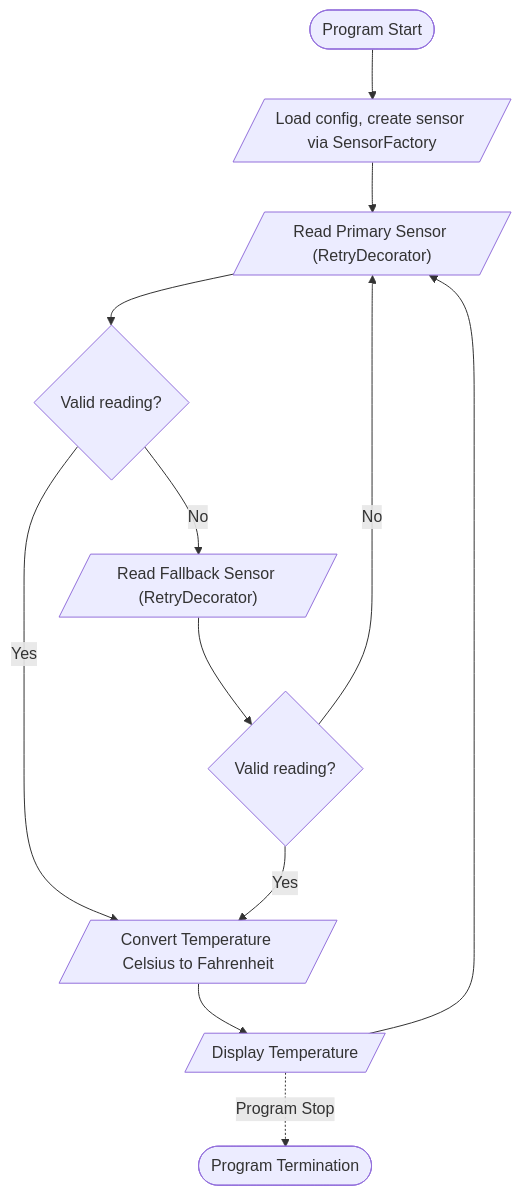
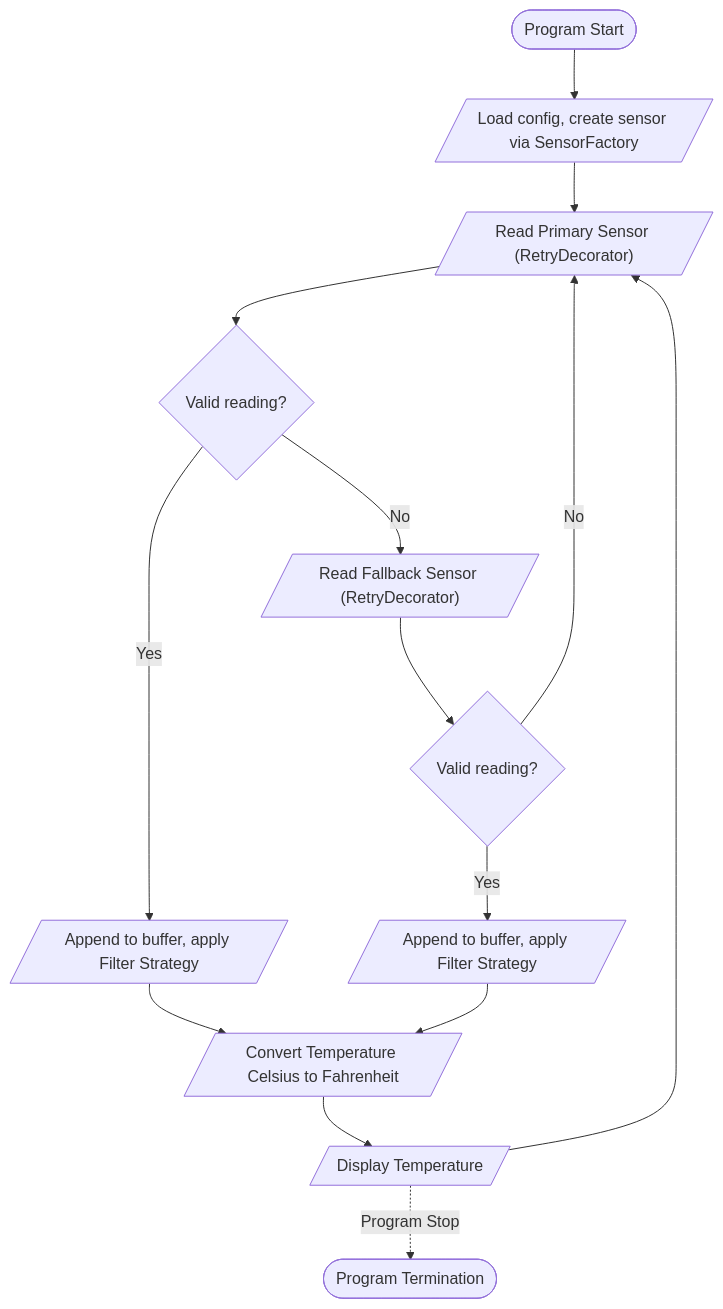
One commit to ethanDavison/427-P1-Adapter changed the diagram in Diagrams/activityDiagram.md. Above: the diagram before and after it, drawn with Mermaid. The commit also changed 3 other files, not shown here.

````diff
--- a/Diagrams/activityDiagram.md
+++ b/Diagrams/activityDiagram.md
@@ -1,25 +1,29 @@
 ```mermaid
 flowchart TD
 
 start([Program Start])
 A1[/"Load config, create sensor via SensorFactory"/]
 A2[/"Read Primary Sensor (RetryDecorator)"/]
 D1{Valid reading?}
+S1[/"Append to buffer, apply Filter Strategy"/]
 A4[/"Read Fallback Sensor (RetryDecorator)"/]
 D2{Valid reading?}
+S2[/"Append to buffer, apply Filter Strategy"/]
 A3[/"Convert Temperature Celsius to Fahrenheit"/]
 A5[/"Display Temperature"/]
 stop([Program Termination])
 
 start --> A1
 A1 --> A2
 A2 --> D1
-D1 -- Yes --> A3
+D1 -- Yes --> S1
 D1 -- No --> A4
+S1 --> A3
 A4 --> D2
-D2 -- Yes --> A3
+D2 -- Yes --> S2
 D2 -- No --> A2
+S2 --> A3
 A3 --> A5
 A5 --> A2
 A5 -. Program Stop .-> stop
 ```
````
